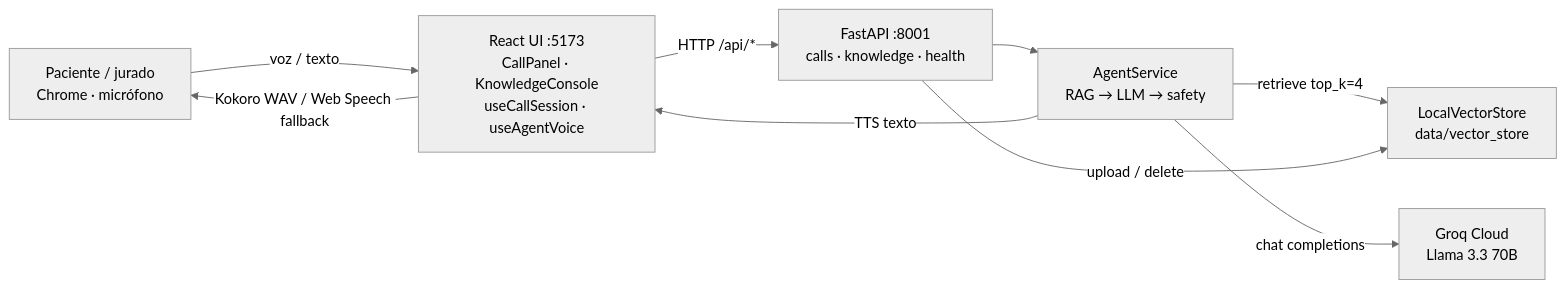
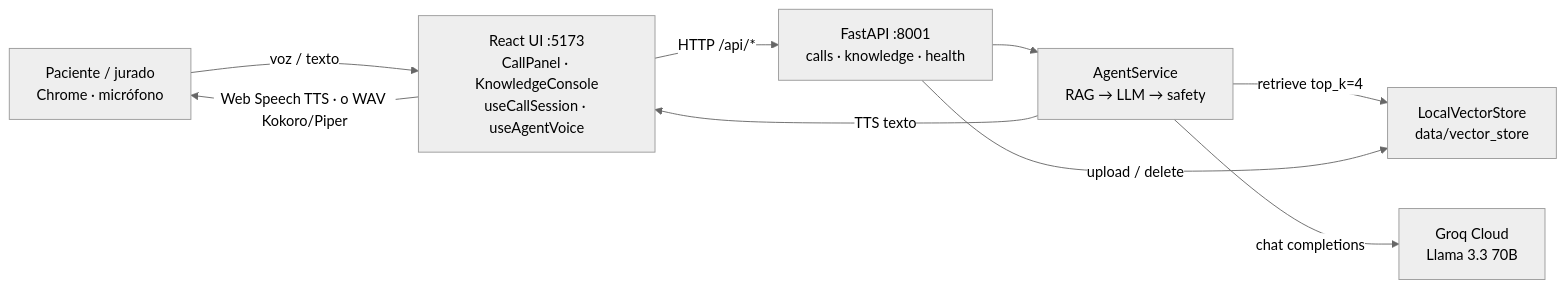
One commit to jfernand196/tech-sphere-voice-agent changed the first of 5 diagrams in ARCHITECTURE.md. Above: the diagram before and after it, drawn with Mermaid (neutral theme). The commit also changed other lines of this file, not shown here.

Commit message:
Document Piper alongside Kokoro in the architecture diagram.

````diff
--- a/ARCHITECTURE.md
+++ b/ARCHITECTURE.md
@@ -12,18 +12,18 @@
 ```mermaid
 flowchart LR
   Paciente["Paciente / jurado<br/>Chrome · micrófono"]
   UI["React UI :5173<br/>CallPanel · KnowledgeConsole<br/>useCallSession · useAgentVoice"]
   API["FastAPI :8001<br/>calls · knowledge · health"]
   Agent["AgentService<br/>RAG → LLM → safety"]
   Groq["Groq Cloud<br/>Llama 3.3 70B"]
   Store["LocalVectorStore<br/>data/vector_store"]
 
   Paciente -->|voz / texto| UI
   UI -->|HTTP /api/*| API
   API --> Agent
   Agent -->|retrieve top_k=4| Store
   Agent -->|chat completions| Groq
   API -->|upload / delete| Store
   Agent -->|TTS texto| UI
-  UI -->|Kokoro WAV / Web Speech fallback| Paciente
+  UI -->|Web Speech TTS · o WAV Kokoro/Piper| Paciente
 ```
````
